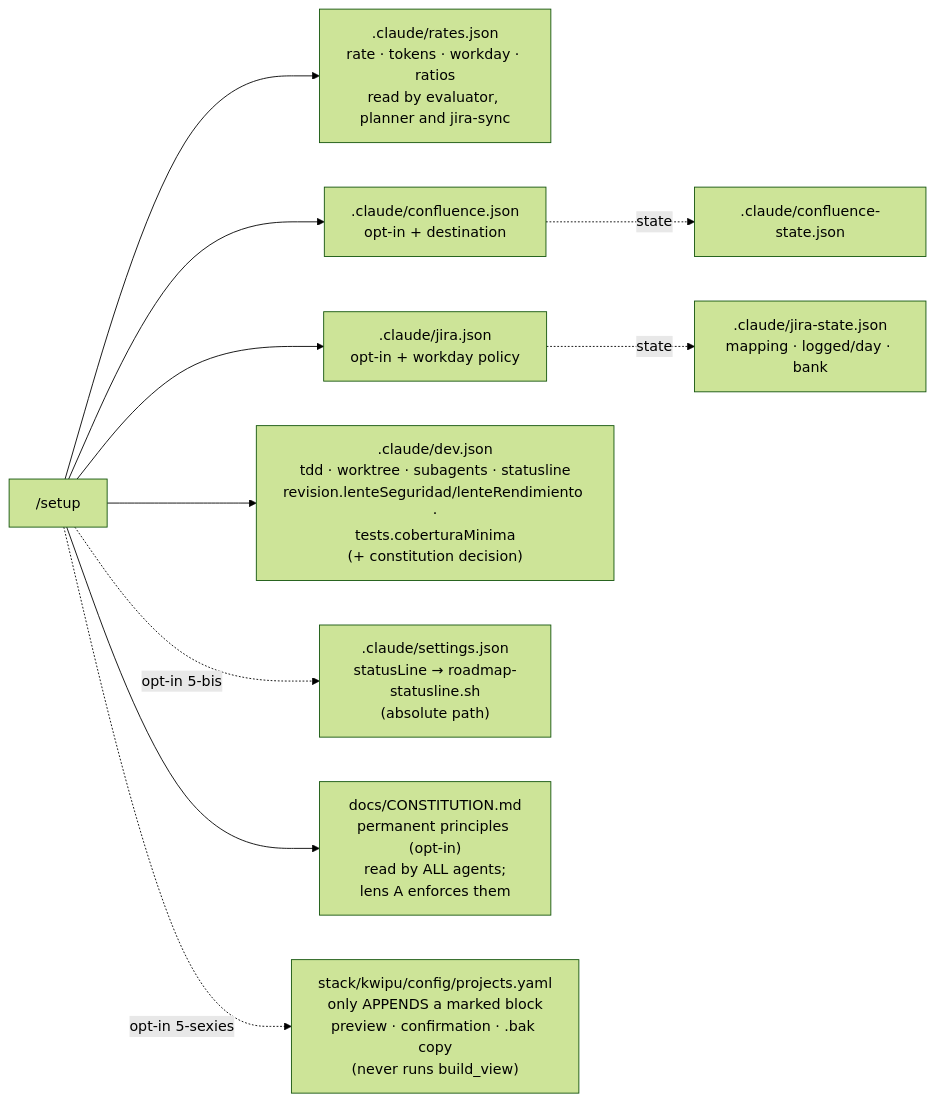
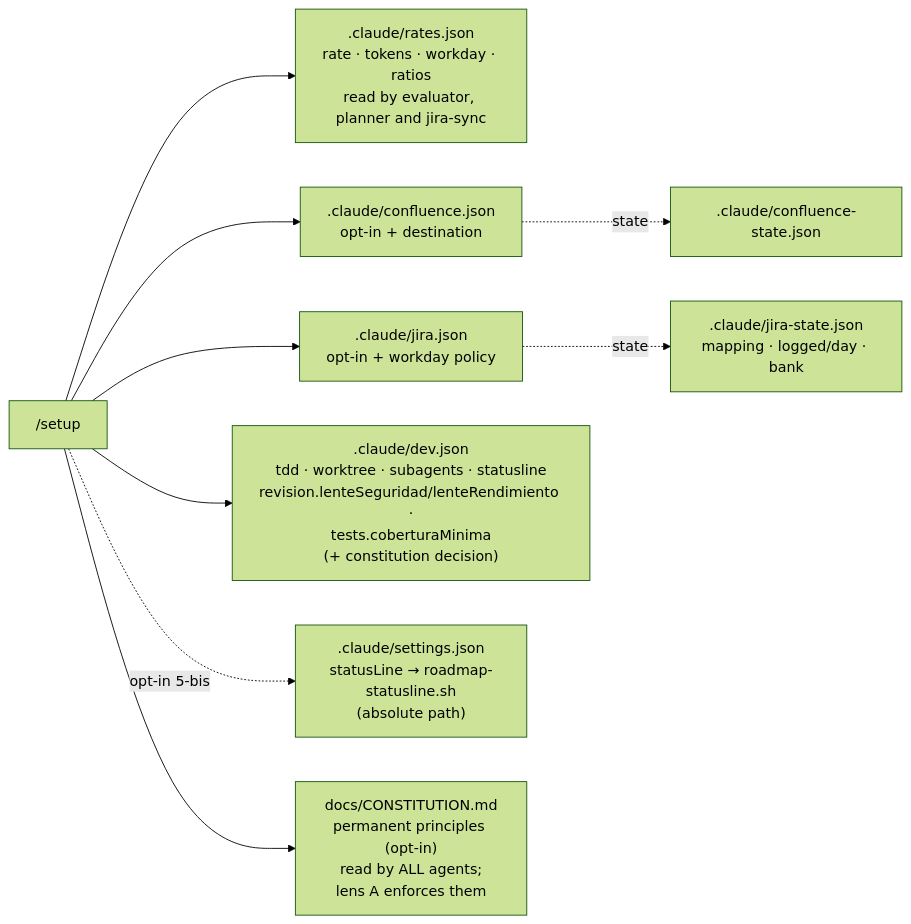
Diagram 21 of 28 in docs/en/FLOWS.md (daycry/custom-agents), drawn with Mermaid (forest theme) before and after one commit. The commit also changed other lines of this file and 60 other files, not shown here.

````diff
--- a/docs/en/FLOWS.md
+++ b/docs/en/FLOWS.md
@@ -691,12 +689,11 @@
 ```mermaid
 flowchart LR
     A["/setup"] --> B[".claude/rates.json<br/>rate · tokens · workday · ratios<br/>read by evaluator, planner and jira-sync"]
     A --> C[".claude/confluence.json<br/>opt-in + destination"]
     A --> D[".claude/jira.json<br/>opt-in + workday policy"]
     A --> G[".claude/dev.json<br/>tdd · worktree · subagents · statusline<br/>revision.lenteSeguridad/lenteRendimiento ·<br/>tests.coberturaMinima<br/>(+ constitution decision)"]
     A -.->|"opt-in 5-bis"| SL[".claude/settings.json<br/>statusLine → roadmap-statusline.sh<br/>(absolute path)"]
     A --> H["docs/CONSTITUTION.md<br/>permanent principles (opt-in)<br/>read by ALL agents;<br/>lens A enforces them"]
-    A -.->|"opt-in 5-sexies"| KP["stack/kwipu/config/projects.yaml<br/>only APPENDS a marked block<br/>preview · confirmation · .bak copy<br/>(never runs build_view)"]
     C -.->|state| E[".claude/confluence-state.json"]
     D -.->|state| F[".claude/jira-state.json<br/>mapping · logged/day · bank"]
 ```
````
